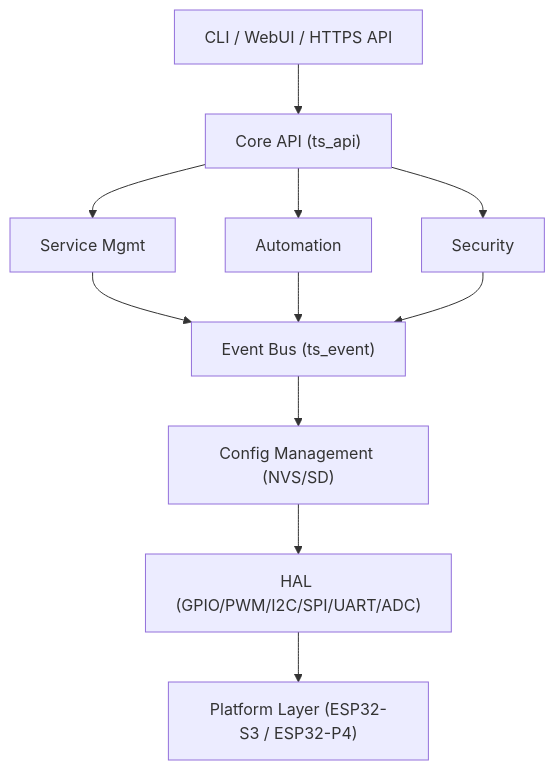
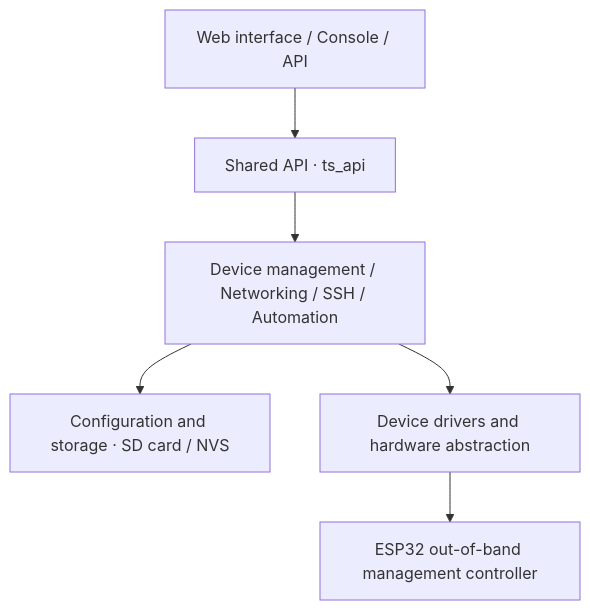
One commit to RMinte-AI/TianshanOS changed the diagram in README_EN.md. Above: the diagram before and after it, drawn with Mermaid. The commit also changed other lines of this file and 1 other file, not shown here.

````diff
--- a/README_EN.md
+++ b/README_EN.md
@@ -38,9 +38,8 @@
 ```mermaid
 flowchart TB
-    UI["CLI / WebUI / HTTPS API"] --> API["Core API (ts_api)"]
-    API --> S1["Service Mgmt"] & S2["Automation"] & S3["Security"]
-    S1 & S2 & S3 --> Event["Event Bus (ts_event)"]
-    Event --> Config["Config Management (NVS/SD)"]
-    Config --> HAL["HAL (GPIO/PWM/I2C/SPI/UART/ADC)"]
-    HAL --> Platform["Platform Layer (ESP32-S3 / ESP32-P4)"]
+    UI["Web interface / Console / API"] --> API["Shared API · ts_api"]
+    API --> Services["Device management / Networking / SSH / Automation"]
+    Services --> Config["Configuration and storage · SD card / NVS"]
+    Services --> HAL["Device drivers and hardware abstraction"]
+    HAL --> MCU["ESP32 out-of-band management controller"]
 ```
````
